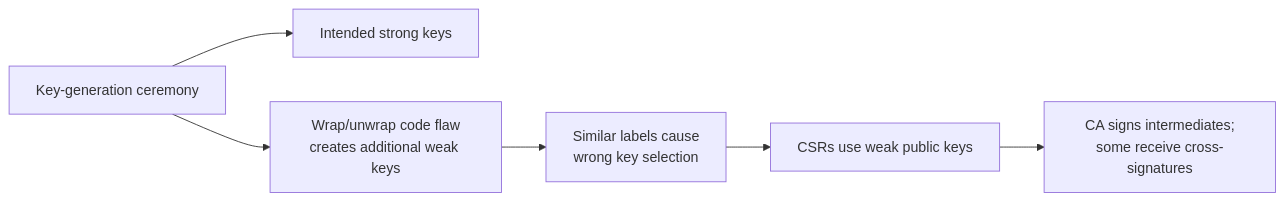
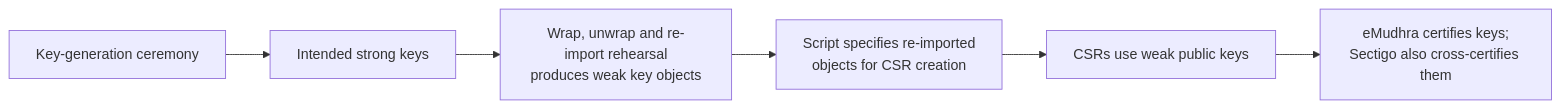
Before and after one commit to rsrini7/Learnings: the second of 3 diagrams in News/Security/EMudhra-Weak-CA-Keys-And-PKI-Trust-Oct-2026.md, drawn with Mermaid. The commit also changed other lines of this file, not shown here.

````diff
--- a/News/Security/EMudhra-Weak-CA-Keys-And-PKI-Trust-Oct-2026.md
+++ b/News/Security/EMudhra-Weak-CA-Keys-And-PKI-Trust-Oct-2026.md
@@ -54,8 +60,8 @@
 ```mermaid
 flowchart LR
     A["Key-generation ceremony"] --> B["Intended strong keys"]
-    A --> C["Wrap/unwrap code flaw<br/>creates additional weak keys"]
-    C --> D["Similar labels cause<br/>wrong key selection"]
+    B --> C["Wrap, unwrap and re-import rehearsal<br/>produces weak key objects"]
+    C --> D["Script specifies re-imported<br/>objects for CSR creation"]
     D --> E["CSRs use weak public keys"]
-    E --> F["CA signs intermediates;<br/>some receive cross-signatures"]
+    E --> F["eMudhra certifies keys;<br/>Sectigo also cross-certifies them"]
 ```
````
